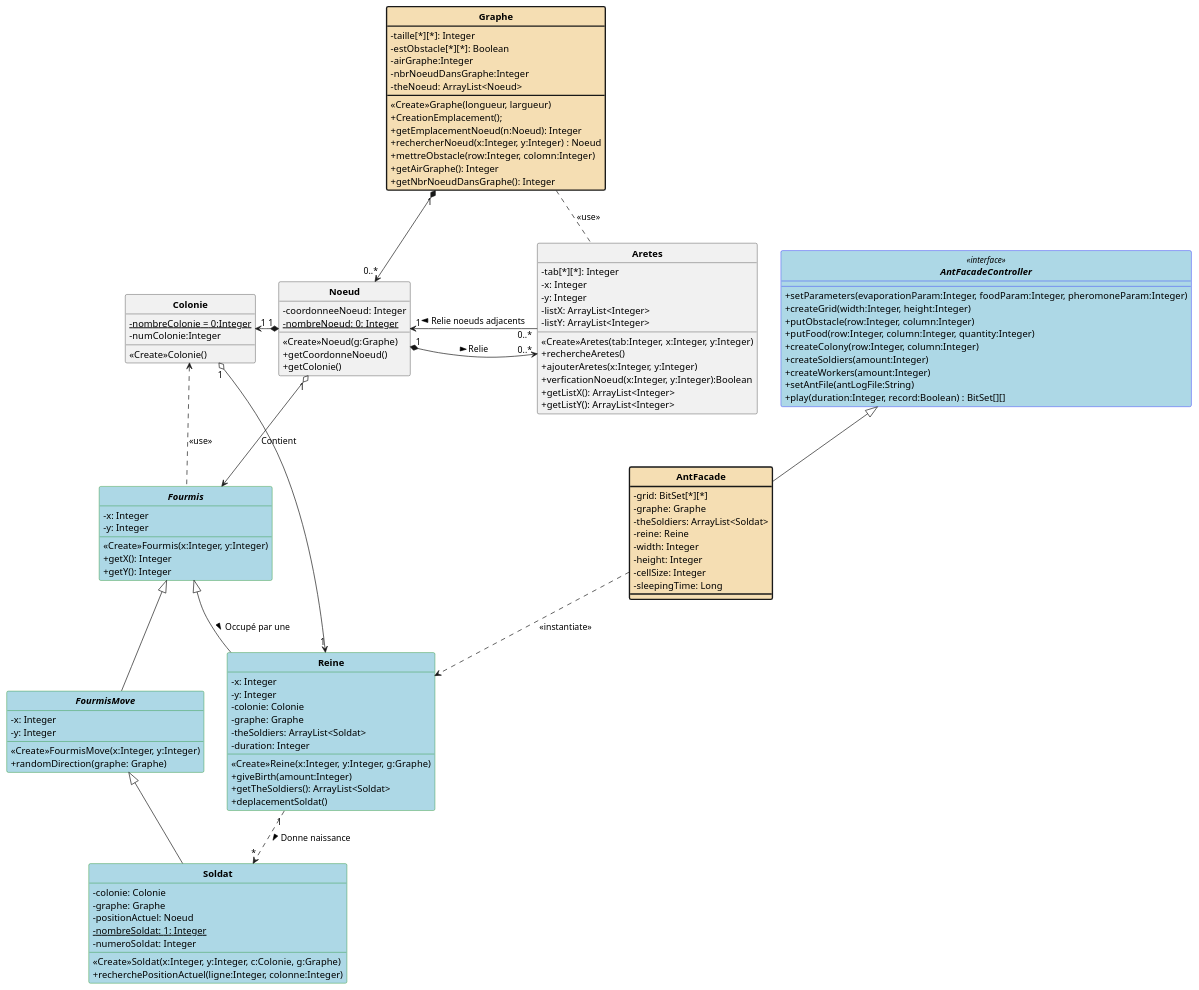
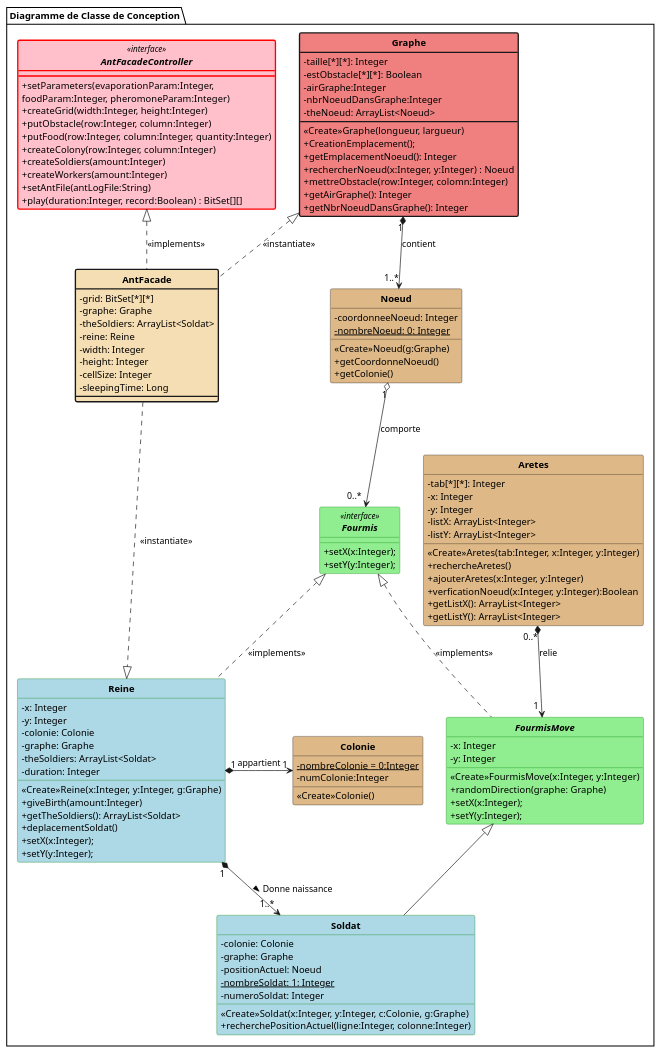
Before and after one commit to jvondermarck/ant-colony: the diagram in plantUML/V1/Fourmis_DC_Conception.puml, drawn with PlantUML. The commit also changed 26 other files, not shown here.

Commit message:
Correction Bug Aretes Java + Refont UML DC et DS

```diff
--- a/plantUML/V1/Fourmis_DC_Conception.puml
+++ b/plantUML/V1/Fourmis_DC_Conception.puml
@@ -1,139 +1,138 @@
 @startuml
 'https://plantuml.com/class-diagram
 
 skinparam style strictuml
 skinparam classAttributeIconSize 0
 skinparam classFontStyle Bold
 hide enum methods
 
+package "Diagramme de Classe de Conception" <<Folder>> {
+  interface AntFacadeController <<interface>> #pink ##[bold]red {
+      +setParameters(evaporationParam:Integer,
+      foodParam:Integer, pheromoneParam:Integer)
+      +createGrid(width:Integer, height:Integer)
+      +putObstacle(row:Integer, column:Integer)
+      +putFood(row:Integer, column:Integer, quantity:Integer)
+      +createColony(row:Integer, column:Integer)
+      +createSoldiers(amount:Integer)
+      +createWorkers(amount:Integer)
+      +setAntFile(antLogFile:String)
+      +play(duration:Integer, record:Boolean) : BitSet[][]
+  }
 
-interface AntFacadeController <<interface>> #lightblue;line:blue {
-    +setParameters(evaporationParam:Integer, foodParam:Integer, pheromoneParam:Integer)
-    +createGrid(width:Integer, height:Integer)
-    +putObstacle(row:Integer, column:Integer)
-    +putFood(row:Integer, column:Integer, quantity:Integer)
-    +createColony(row:Integer, column:Integer)
-    +createSoldiers(amount:Integer)
-    +createWorkers(amount:Integer)
-    +setAntFile(antLogFile:String)
-    +play(duration:Integer, record:Boolean) : BitSet[][]
+  class Graphe #lightcoral;line.bold {
+      -taille[*][*]: Integer
+      -estObstacle[*][*]: Boolean
+      -airGraphe:Integer
+      -nbrNoeudDansGraphe:Integer
+      -theNoeud: ArrayList<Noeud>
+
+      <<Create>>Graphe(longueur, largueur)
+      +CreationEmplacement();
+      +getEmplacementNoeud(): Integer
+      +rechercherNoeud(x:Integer, y:Integer) : Noeud
+      +mettreObstacle(row:Integer, colomn:Integer)
+      +getAirGraphe(): Integer
+      +getNbrNoeudDansGraphe(): Integer
+  }
+
+  class Colonie #burlywood {
+      -{static} nombreColonie = 0:Integer
+      -numColonie:Integer
+      <<Create>>Colonie()
+  }
+
+  class Noeud #burlywood {
+      -coordonneeNoeud: Integer
+      -{static} nombreNoeud: 0: Integer
+
+      <<Create>>Noeud(g:Graphe)
+      +getCoordonneNoeud()
+      +getColonie()
+  }
+
+  class AntFacade #back:Wheat;line.bold {
+      -grid: BitSet[*][*]
+      -graphe: Graphe
+      -theSoldiers: ArrayList<Soldat>
+      -reine: Reine
+      -width: Integer
+      -height: Integer
+      -cellSize: Integer
+      -sleepingTime: Long
+  }
+
+  class Aretes #burlywood {
+      -tab[*][*]: Integer
+      -x: Integer
+      -y: Integer
+      -listX: ArrayList<Integer>
+      -listY: ArrayList<Integer>
+
+      <<Create>>Aretes(tab:Integer, x:Integer, y:Integer)
+      +rechercheAretes()
+      +ajouterAretes(x:Integer, y:Integer)
+      +verficationNoeud(x:Integer, y:Integer):Boolean
+      +getListX(): ArrayList<Integer>
+      +getListY(): ArrayList<Integer>
+  }
+
+  interface Fourmis <<interface>> #lightgreen;line:green {
+      +setX(x:Integer);
+      +setY(y:Integer);
+  }
+
+  class Reine #lightblue;line:green {
+      -x: Integer
+      -y: Integer
+      -colonie: Colonie
+      -graphe: Graphe
+      -theSoldiers: ArrayList<Soldat>
+      -duration: Integer
+
+      <<Create>>Reine(x:Integer, y:Integer, g:Graphe)
+      +giveBirth(amount:Integer)
+      +getTheSoldiers(): ArrayList<Soldat>
+      +deplacementSoldat()
+      +setX(x:Integer);
+      +setY(y:Integer);
+  }
+
+  abstract class FourmisMove #lightgreen;line:green {
+      -x: Integer
+      -y: Integer
+
+      <<Create>>FourmisMove(x:Integer, y:Integer)
+      +randomDirection(graphe: Graphe)
+      +setX(x:Integer);
+      +setY(y:Integer);
+  }
+
+  class Soldat #lightblue;line:green {
+      -colonie: Colonie
+      -graphe: Graphe
+      -positionActuel: Noeud
+      -{static} nombreSoldat: 1: Integer
+      -numeroSoldat: Integer
+
+      <<Create>>Soldat(x:Integer, y:Integer, c:Colonie, g:Graphe)
+      +recherchePositionActuel(ligne:Integer, colonne:Integer)
+  }
 }
 
-class Graphe #back:Wheat;line.bold {
-    -taille[*][*]: Integer
-    -estObstacle[*][*]: Boolean
-    -airGraphe:Integer
-    -nbrNoeudDansGraphe:Integer
-    -theNoeud: ArrayList<Noeud>
 
-    <<Create>>Graphe(longueur, largueur)
-    +CreationEmplacement();
-    +getEmplacementNoeud(n:Noeud): Integer
-    +rechercherNoeud(x:Integer, y:Integer) : Noeud
-    +mettreObstacle(row:Integer, colomn:Integer)
-    +getAirGraphe(): Integer
-    +getNbrNoeudDansGraphe(): Integer
-}
+AntFacadeController <|.. AntFacade : <<implements>>
+AntFacade .up.|> Graphe : <<instantiate>>
+AntFacade ..|> Reine : <<instantiate>>
 
-class Colonie {
-    -{static} nombreColonie = 0:Integer
-    -numColonie:Integer
-    <<Create>>Colonie()
-}
+Graphe "1" *--> "1..*" Noeud : contient
 
-class Noeud{
-    -coordonneeNoeud: Integer
-    -{static} nombreNoeud: 0: Integer
-
-    <<Create>>Noeud(g:Graphe)
-    +getCoordonneNoeud()
-    +getColonie()
-}
-
-class AntFacade #back:Wheat;line.bold {
-    -grid: BitSet[*][*]
-    -graphe: Graphe
-    -theSoldiers: ArrayList<Soldat>
-    -reine: Reine
-    -width: Integer
-    -height: Integer
-    -cellSize: Integer
-    -sleepingTime: Long
-}
-
-class Aretes {
-    -tab[*][*]: Integer
-    -x: Integer
-    -y: Integer
-    -listX: ArrayList<Integer>
-    -listY: ArrayList<Integer>
-
-    <<Create>>Aretes(tab:Integer, x:Integer, y:Integer)
-    +rechercheAretes()
-    +ajouterAretes(x:Integer, y:Integer)
-    +verficationNoeud(x:Integer, y:Integer):Boolean
-    +getListX(): ArrayList<Integer>
-    +getListY(): ArrayList<Integer>
-}
-
-abstract class Fourmis #lightblue;line:green {
-    -x: Integer
-    -y: Integer
-
-    <<Create>>Fourmis(x:Integer, y:Integer)
-    +getX(): Integer
-    +getY(): Integer
-}
-
-class Reine #lightblue;line:green {
-    -x: Integer
-    -y: Integer
-    -colonie: Colonie
-    -graphe: Graphe
-    -theSoldiers: ArrayList<Soldat>
-    -duration: Integer
-
-    <<Create>>Reine(x:Integer, y:Integer, g:Graphe)
-    +giveBirth(amount:Integer)
-    +getTheSoldiers(): ArrayList<Soldat>
-    +deplacementSoldat()
-}
-
-abstract class FourmisMove #lightblue;line:green {
-    -x: Integer
-    -y: Integer
-
-    <<Create>>FourmisMove(x:Integer, y:Integer)
-    +randomDirection(graphe: Graphe)
-}
-
-class Soldat #lightblue;line:green {
-    -colonie: Colonie
-    -graphe: Graphe
-    -positionActuel: Noeud
-    -{static} nombreSoldat: 1: Integer
-    -numeroSoldat: Integer
-
-    <<Create>>Soldat(x:Integer, y:Integer, c:Colonie, g:Graphe)
-    +recherchePositionActuel(ligne:Integer, colonne:Integer)
-}
-
-AntFacadeController <|-- AntFacade
-AntFacade ..> Reine : <<instantiate>>
-
-Graphe "1" *--> "0..*" Noeud
-
-Noeud "\n1" *-> "0..*" Aretes : \n Relie  >
-Aretes "0..*" -> "1" Noeud : Relie noeuds adjacents >
-
-Graphe .. Aretes : <<use>>
-Noeud "1" *-left> "1" Colonie
-Colonie <.. Fourmis : <<use>>
-Reine "1" <-lefto "1" Colonie
-Noeud "1" o--> Fourmis : Contient
-Fourmis <|-- Reine : Occupé par une >
-Fourmis <|-- FourmisMove
+FourmisMove "\t\t\t\t1" <--up* "0..*" Aretes : relie
+Reine "1" *-right> "1" Colonie : appartient
+Noeud "1" o--> "0..*\t" Fourmis : comporte
+Fourmis <|.. Reine : <<implements>>
+Fourmis <|.. FourmisMove : <<implements>>
 FourmisMove <|-- Soldat
-Reine "1" ..> "*" Soldat : Donne naissance >
+Reine "\t\t\t\t\t\t1" *-> "1..*" Soldat : Donne naissance >
 
 @enduml
```
